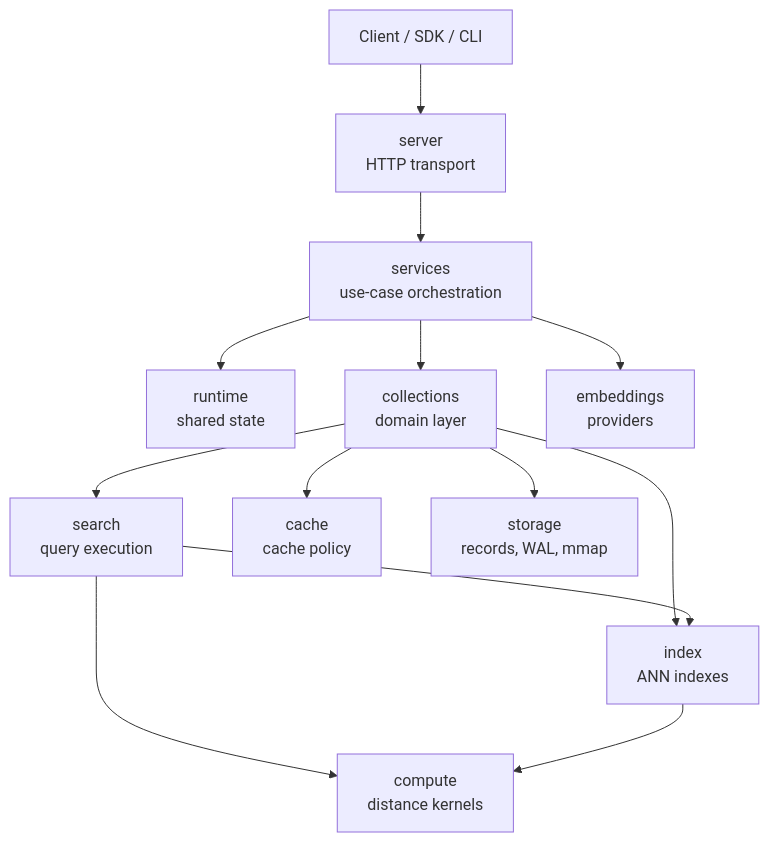
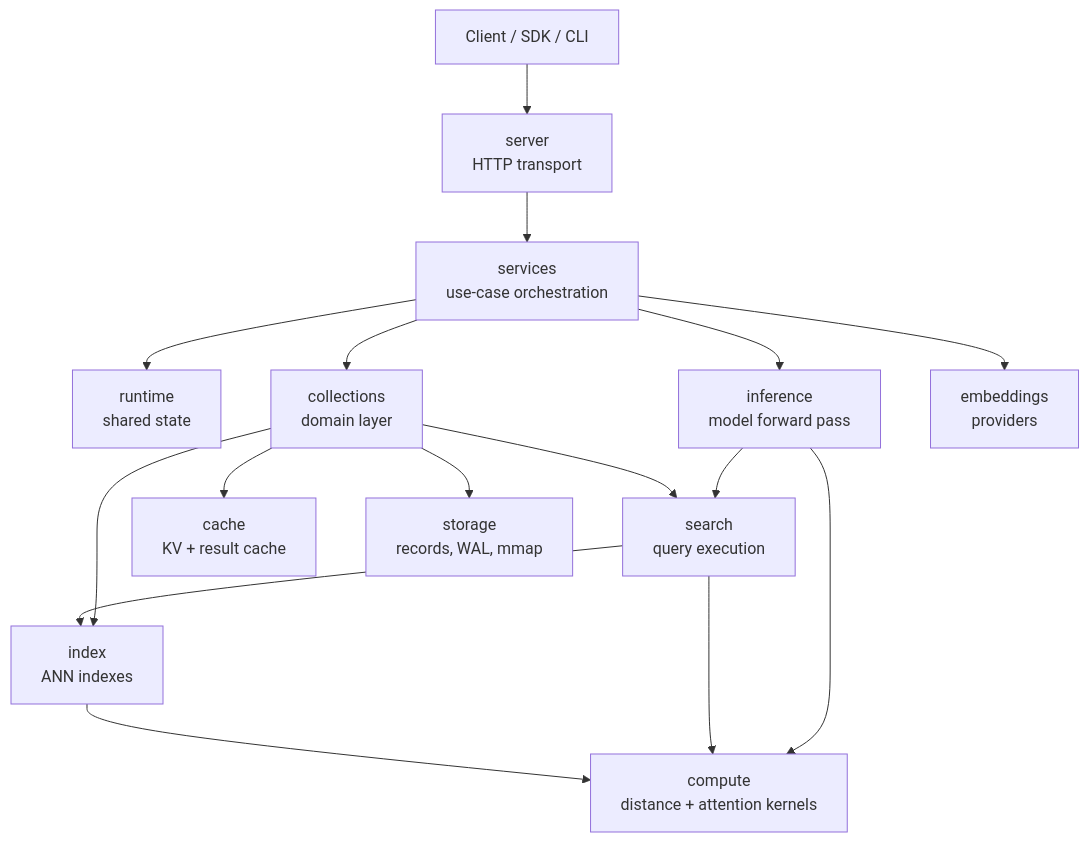
Before and after one commit to ashworks1706/Piramid: the diagram in README.md, drawn with Mermaid. The commit also changed other lines of this file, not shown here.

````diff
--- a/README.md
+++ b/README.md
@@ -31,26 +36,30 @@
 ```mermaid
 flowchart TD
     Client[Client / SDK / CLI]
     Server[server<br/>HTTP transport]
     Services[services<br/>use-case orchestration]
     Runtime[runtime<br/>shared state]
+    Inference[inference<br/>model forward pass]
     Collections[collections<br/>domain layer]
     Search[search<br/>query execution]
     Index[index<br/>ANN indexes]
-    Compute[compute<br/>distance kernels]
-    Cache[cache<br/>cache policy]
+    Compute[compute<br/>distance + attention kernels]
+    Cache[cache<br/>KV + result cache]
     Storage[storage<br/>records, WAL, mmap]
     Embeddings[embeddings<br/>providers]
 
     Client --> Server --> Services
     Services --> Runtime
+    Services --> Inference
     Services --> Collections
     Services --> Embeddings
+    Inference --> Search
+    Inference --> Compute
     Collections --> Search
     Collections --> Index
     Collections --> Cache
     Collections --> Storage
     Search --> Index
     Search --> Compute
     Index --> Compute
 ```
````
